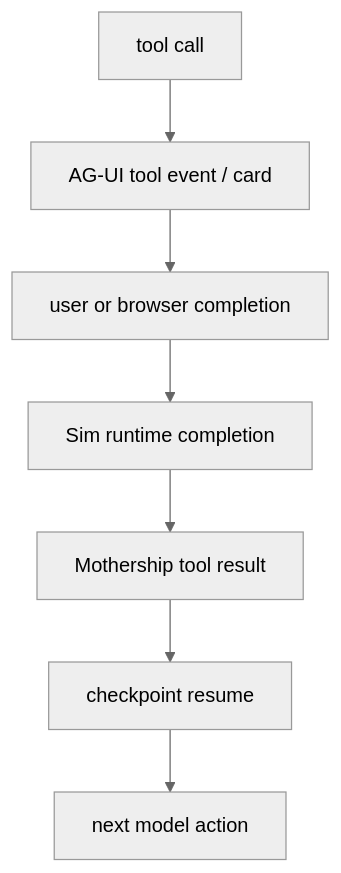
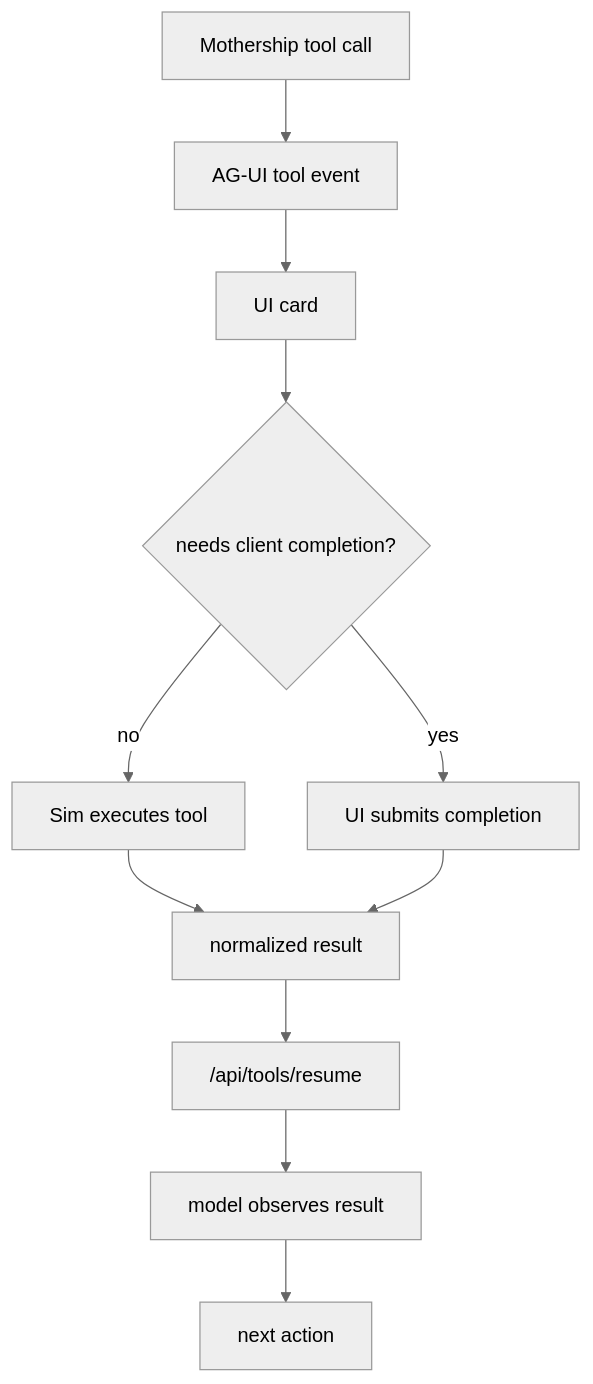
The fourth of 5 diagrams in site/docs/mothership-contract/12-tool-result-ownership.md (nfbs2000/speaky-sim), drawn with Mermaid (neutral theme) before and after one commit. The commit also changed other lines of this file and 5 other files, not shown here.

````diff
--- a/site/docs/mothership-contract/12-tool-result-ownership.md
+++ b/site/docs/mothership-contract/12-tool-result-ownership.md
@@ -62,9 +80,13 @@
 ```mermaid
 flowchart TD
-  ToolCall["tool call"] --> UI["AG-UI tool event / card"]
-  UI --> Completion["user or browser completion"]
-  Completion --> Runtime["Sim runtime completion"]
-  Runtime --> Result["Mothership tool result"]
-  Result --> Resume["checkpoint resume"]
-  Resume --> Next["next model action"]
+  ToolCall["Mothership tool call"] --> Projection["AG-UI tool event"]
+  Projection --> Card["UI card"]
+  Card --> Completion{"needs client completion?"}
+  Completion -->|no| SimTool["Sim executes tool"]
+  Completion -->|yes| ClientResult["UI submits completion"]
+  SimTool --> RuntimeResult["normalized result"]
+  ClientResult --> RuntimeResult
+  RuntimeResult --> Resume["/api/tools/resume"]
+  Resume --> Observation["model observes result"]
+  Observation --> Next["next action"]
 ```
````
